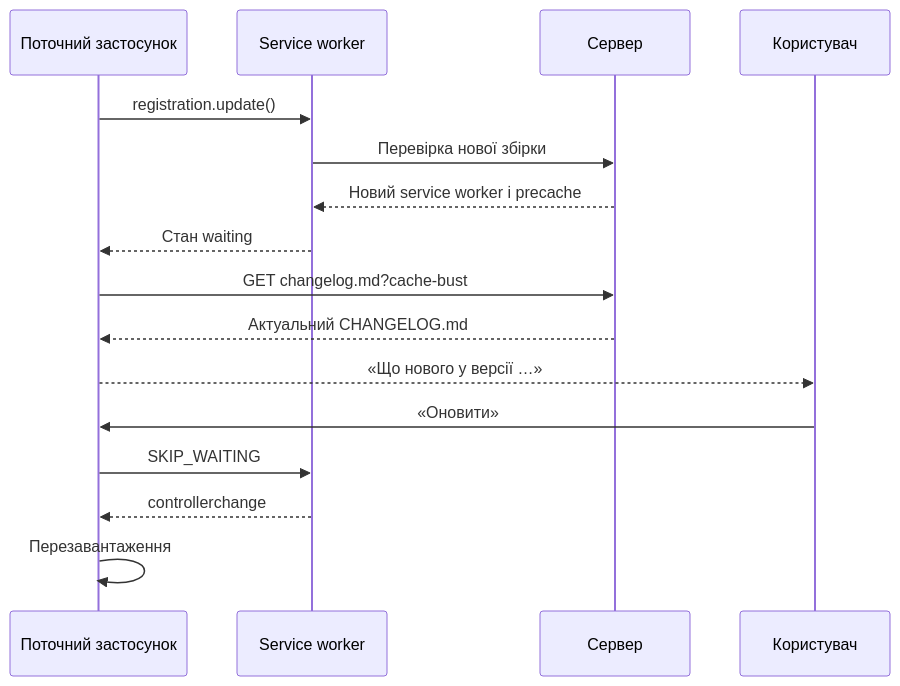
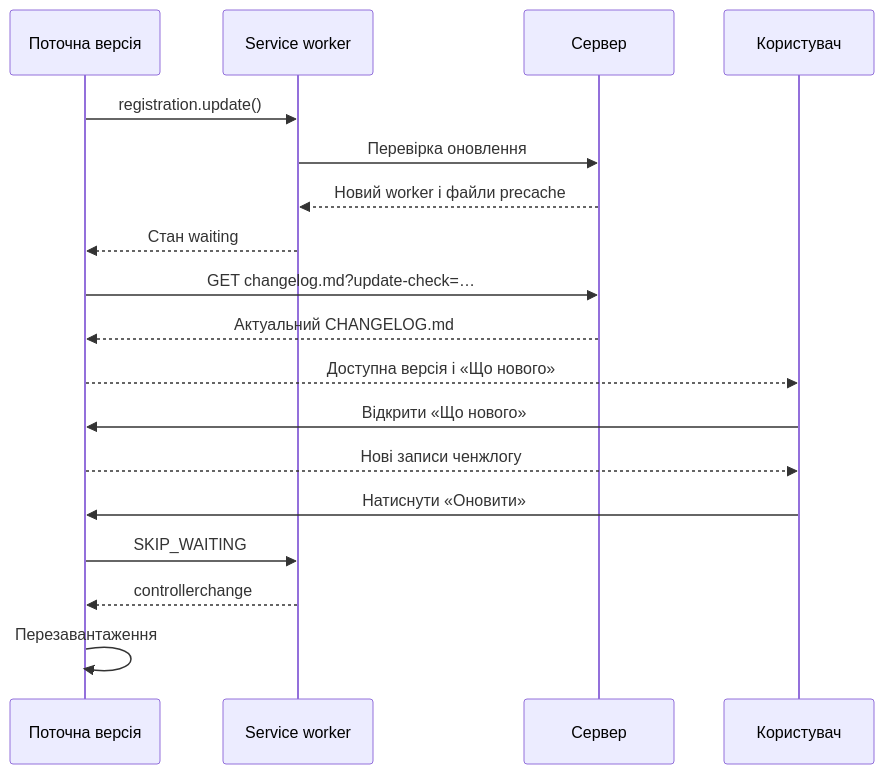
One commit to gerkirill/roll-call changed the diagram in docs/pwa-whats-new-before-update.md. Above: the diagram before and after it, drawn with Mermaid. The commit also changed other lines of this file, not shown here.

````diff
--- a/docs/pwa-whats-new-before-update.md
+++ b/docs/pwa-whats-new-before-update.md
@@ -19,19 +23,21 @@
 ```mermaid
 sequenceDiagram
-    participant App as Поточний застосунок
+    participant App as Поточна версія
     participant SW as Service worker
     participant Host as Сервер
     participant User as Користувач
 
     App->>SW: registration.update()
-    SW->>Host: Перевірка нової збірки
-    Host-->>SW: Новий service worker і precache
+    SW->>Host: Перевірка оновлення
+    Host-->>SW: Новий worker і файли precache
     SW-->>App: Стан waiting
-    App->>Host: GET changelog.md?cache-bust
+    App->>Host: GET changelog.md?update-check=…
     Host-->>App: Актуальний CHANGELOG.md
-    App-->>User: «Що нового у версії …»
-    User->>App: «Оновити»
+    App-->>User: Доступна версія і «Що нового»
+    User->>App: Відкрити «Що нового»
+    App-->>User: Нові записи ченжлогу
+    User->>App: Натиснути «Оновити»
     App->>SW: SKIP_WAITING
     SW-->>App: controllerchange
     App->>App: Перезавантаження
 ```
````
